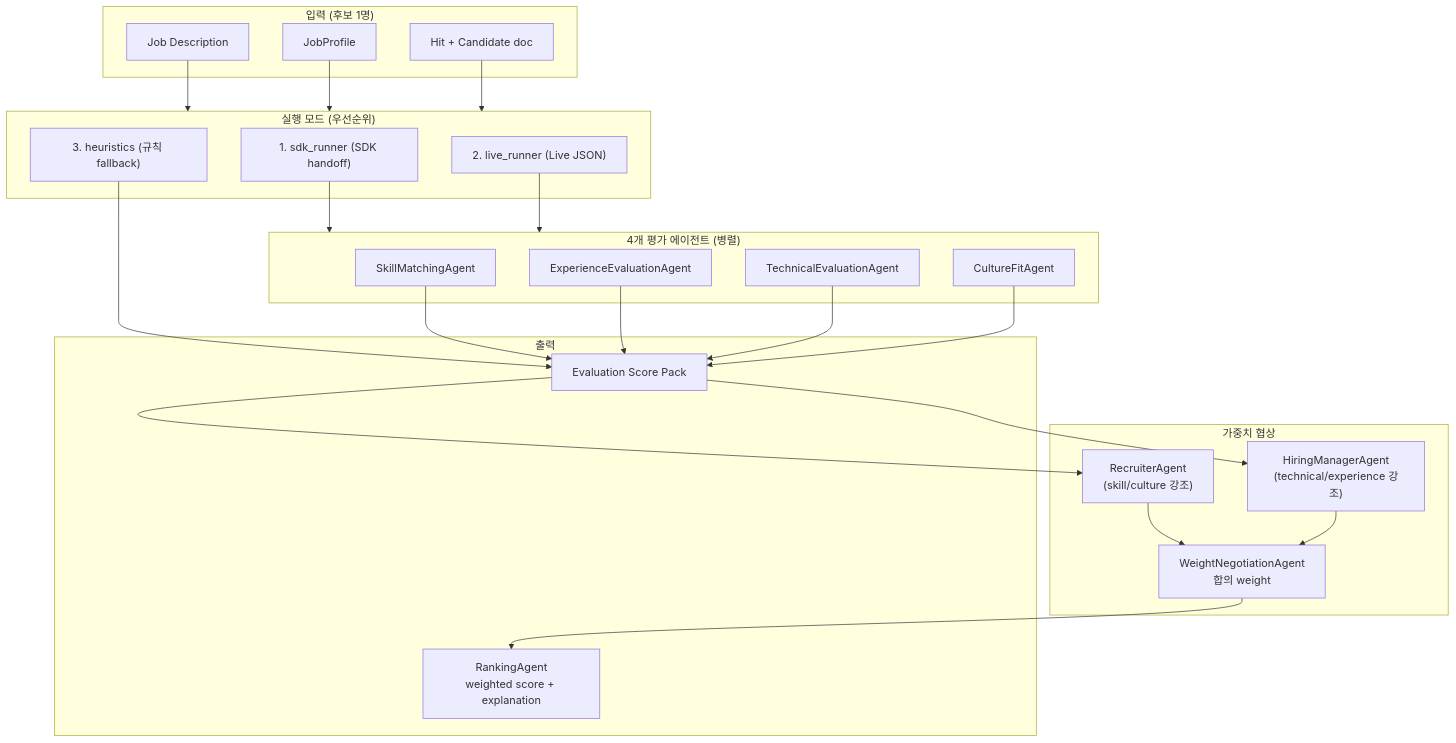
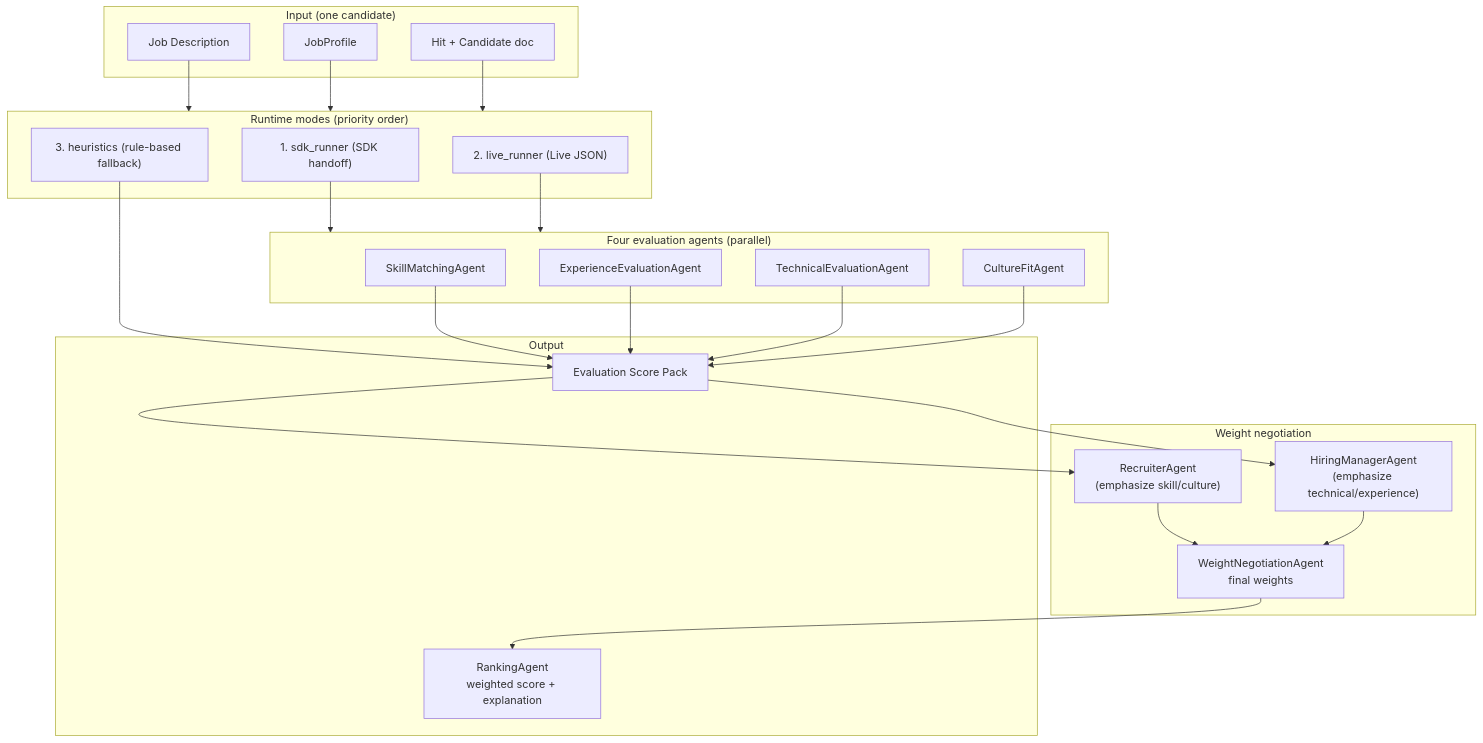
The fourth of 7 diagrams in docs/guides/codebase-core-flows.md (rhsoddld/resume-matching-pj), drawn with Mermaid before and after one commit. The commit also changed other lines of this file and 40 other files, not shown here.

````diff
--- a/docs/guides/codebase-core-flows.md
+++ b/docs/guides/codebase-core-flows.md
@@ -265,48 +265,48 @@
 ```mermaid
 flowchart TB
-  subgraph INPUT["입력 (후보 1명)"]
+  subgraph INPUT["Input (one candidate)"]
     JD["Job Description"]
     JP["JobProfile"]
     HIT["Hit + Candidate doc"]
   end
 
-  subgraph RUN["실행 모드 (우선순위)"]
+  subgraph RUN["Runtime modes (priority order)"]
     R1["1. sdk_runner (SDK handoff)"]
     R2["2. live_runner (Live JSON)"]
-    R3["3. heuristics (규칙 fallback)"]
+    R3["3. heuristics (rule-based fallback)"]
   end
 
-  subgraph FOUR["4개 평가 에이전트 (병렬)"]
+  subgraph FOUR["Four evaluation agents (parallel)"]
     A1["SkillMatchingAgent"]
     A2["ExperienceEvaluationAgent"]
     A3["TechnicalEvaluationAgent"]
     A4["CultureFitAgent"]
   end
 
-  subgraph NEG["가중치 협상"]
-    Rec["RecruiterAgent\n(skill/culture 강조)"]
-    HM["HiringManagerAgent\n(technical/experience 강조)"]
-    Neg["WeightNegotiationAgent\n합의 weight"]
+  subgraph NEG["Weight negotiation"]
+    Rec["RecruiterAgent\n(emphasize skill/culture)"]
+    HM["HiringManagerAgent\n(emphasize technical/experience)"]
+    Neg["WeightNegotiationAgent\nfinal weights"]
     Rec --> Neg
     HM --> Neg
   end
 
-  subgraph OUT["출력"]
+  subgraph OUT["Output"]
     Pack["Evaluation Score Pack"]
     Rank["RankingAgent\nweighted score + explanation"]
   end
 
   JD --> RUN
   JP --> RUN
   HIT --> RUN
   R1 --> FOUR
   R2 --> FOUR
   R3 --> Pack
   A1 --> Pack
   A2 --> Pack
   A3 --> Pack
   A4 --> Pack
   Pack --> Rec
   Pack --> HM
   Neg --> Rank
 ```
````
